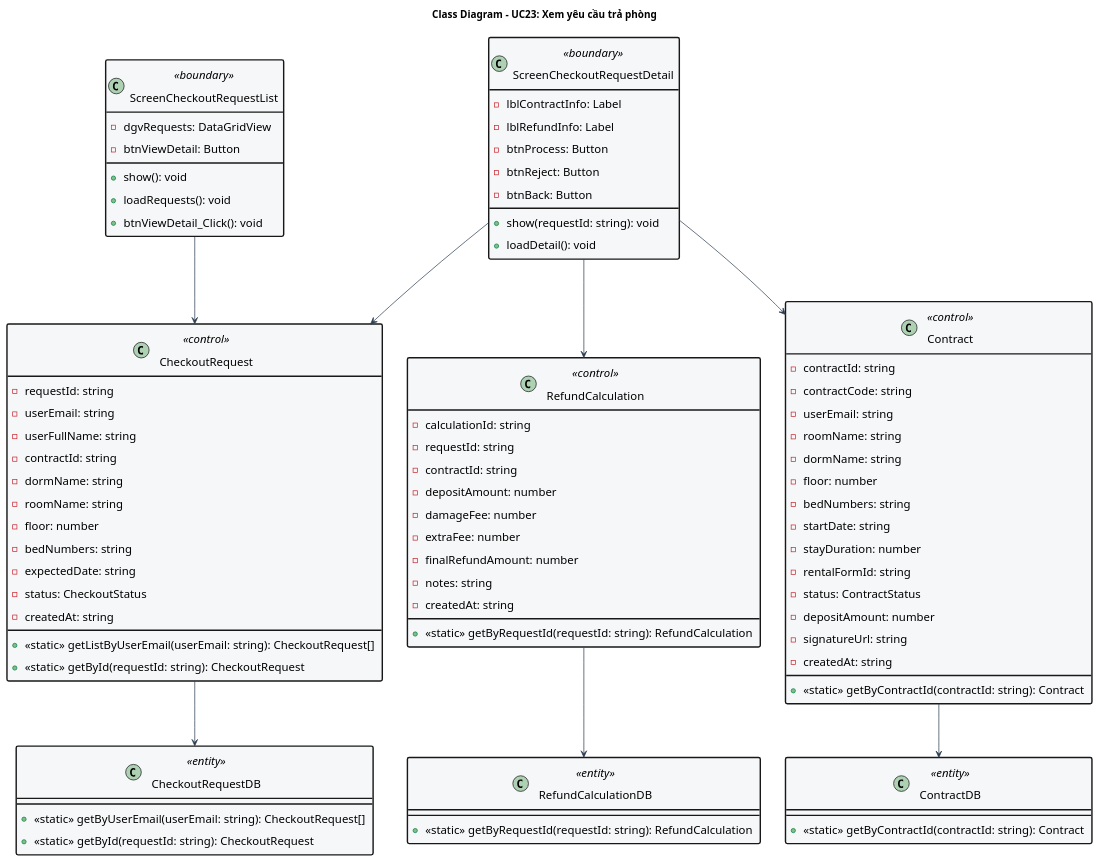
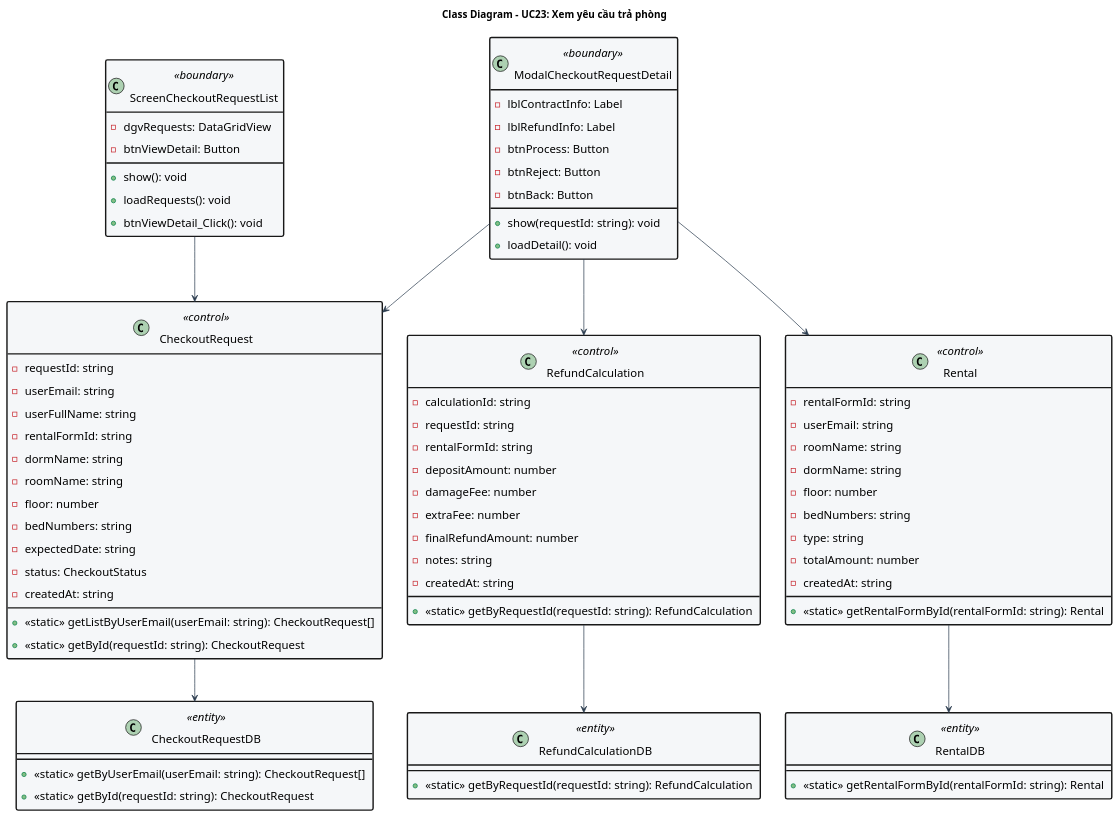
One commit to Gnourt812005/HCMUS-Analyze-and-desgin-IS changed the diagram in doc/system/xem_yeu_cau_tra_phong/XemYeuCauTraPhong_ClassDiagram.wsd. Above: the diagram before and after it, drawn with PlantUML. The commit also changed 10 other files, not shown here.

Commit message:
quangdo/diagram: adjusted diagrams to match code

```diff
--- a/doc/system/xem_yeu_cau_tra_phong/XemYeuCauTraPhong_ClassDiagram.wsd
+++ b/doc/system/xem_yeu_cau_tra_phong/XemYeuCauTraPhong_ClassDiagram.wsd
@@ -1,104 +1,99 @@
 @startuml XemYeuCauTraPhong_ClassDiagram
 title Class Diagram - UC23: Xem yêu cầu trả phòng
 
 skinparam {
     BackgroundColor White
     ArrowColor #2D3E50
     DefaultFontName "Arial"
     DefaultFontSize 16
     BorderColor #2D3E50
     ClassBackgroundColor #F5F7F9
     ClassBorderThickness 2
     StereotypeFontColor #2D3E50
     Padding 5
 }
 
 class ScreenCheckoutRequestList <<boundary>> {
     - dgvRequests: DataGridView
     - btnViewDetail: Button
     + show(): void
     + loadRequests(): void
     + btnViewDetail_Click(): void
 }
 
-class ScreenCheckoutRequestDetail <<boundary>> {
+class ModalCheckoutRequestDetail <<boundary>> {
     - lblContractInfo: Label
     - lblRefundInfo: Label
     - btnProcess: Button
     - btnReject: Button
     - btnBack: Button
     + show(requestId: string): void
     + loadDetail(): void
 }
 
 class CheckoutRequest <<control>> {
     - requestId: string
     - userEmail: string
     - userFullName: string
-    - contractId: string
+    - rentalFormId: string
     - dormName: string
     - roomName: string
     - floor: number
     - bedNumbers: string
     - expectedDate: string
     - status: CheckoutStatus
     - createdAt: string
     + <<static>> getListByUserEmail(userEmail: string): CheckoutRequest[]
     + <<static>> getById(requestId: string): CheckoutRequest
 }
 
 class RefundCalculation <<control>> {
     - calculationId: string
     - requestId: string
-    - contractId: string
+    - rentalFormId: string
     - depositAmount: number
     - damageFee: number
     - extraFee: number
     - finalRefundAmount: number
     - notes: string
     - createdAt: string
     + <<static>> getByRequestId(requestId: string): RefundCalculation
 }
 
-class Contract <<control>> {
-    - contractId: string
-    - contractCode: string
+class Rental <<control>> {
+    - rentalFormId: string
     - userEmail: string
     - roomName: string
     - dormName: string
     - floor: number
     - bedNumbers: string
-    - startDate: string
-    - stayDuration: number
-    - rentalFormId: string
-    - status: ContractStatus
-    - depositAmount: number
-    - signatureUrl: string
+    - type: string
+    - totalAmount: number
     - createdAt: string
-    + <<static>> getByContractId(contractId: string): Contract
+    + <<static>> getRentalFormById(rentalFormId: string): Rental
 }
 
 ' --- DATABASE LAYER ---
 class CheckoutRequestDB <<entity>> {
     + <<static>> getByUserEmail(userEmail: string): CheckoutRequest[]
     + <<static>> getById(requestId: string): CheckoutRequest
 }
 
 class RefundCalculationDB <<entity>> {
     + <<static>> getByRequestId(requestId: string): RefundCalculation
 }
 
-class ContractDB <<entity>> {
-    + <<static>> getByContractId(contractId: string): Contract
+class RentalDB <<entity>> {
+    + <<static>> getRentalFormById(rentalFormId: string): Rental
 }
 
 ScreenCheckoutRequestList --> CheckoutRequest 
-ScreenCheckoutRequestDetail --> CheckoutRequest 
-ScreenCheckoutRequestDetail --> Contract 
-ScreenCheckoutRequestDetail --> RefundCalculation 
+ModalCheckoutRequestDetail --> CheckoutRequest 
+ModalCheckoutRequestDetail --> Rental 
+ModalCheckoutRequestDetail --> RefundCalculation 
 
 CheckoutRequest --> CheckoutRequestDB 
 RefundCalculation --> RefundCalculationDB 
-Contract --> ContractDB 
+Rental --> RentalDB 
 
 @enduml
```
